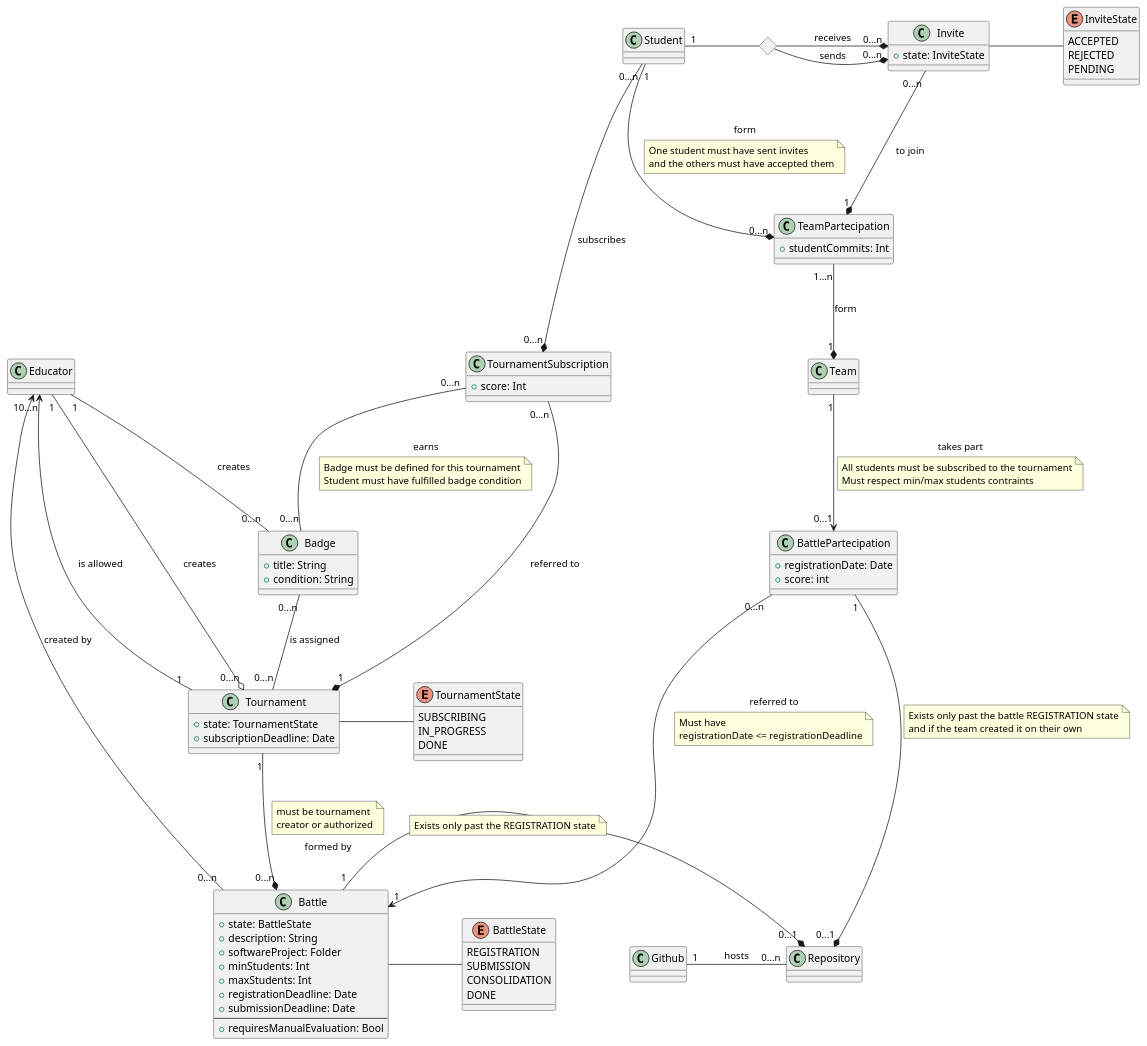
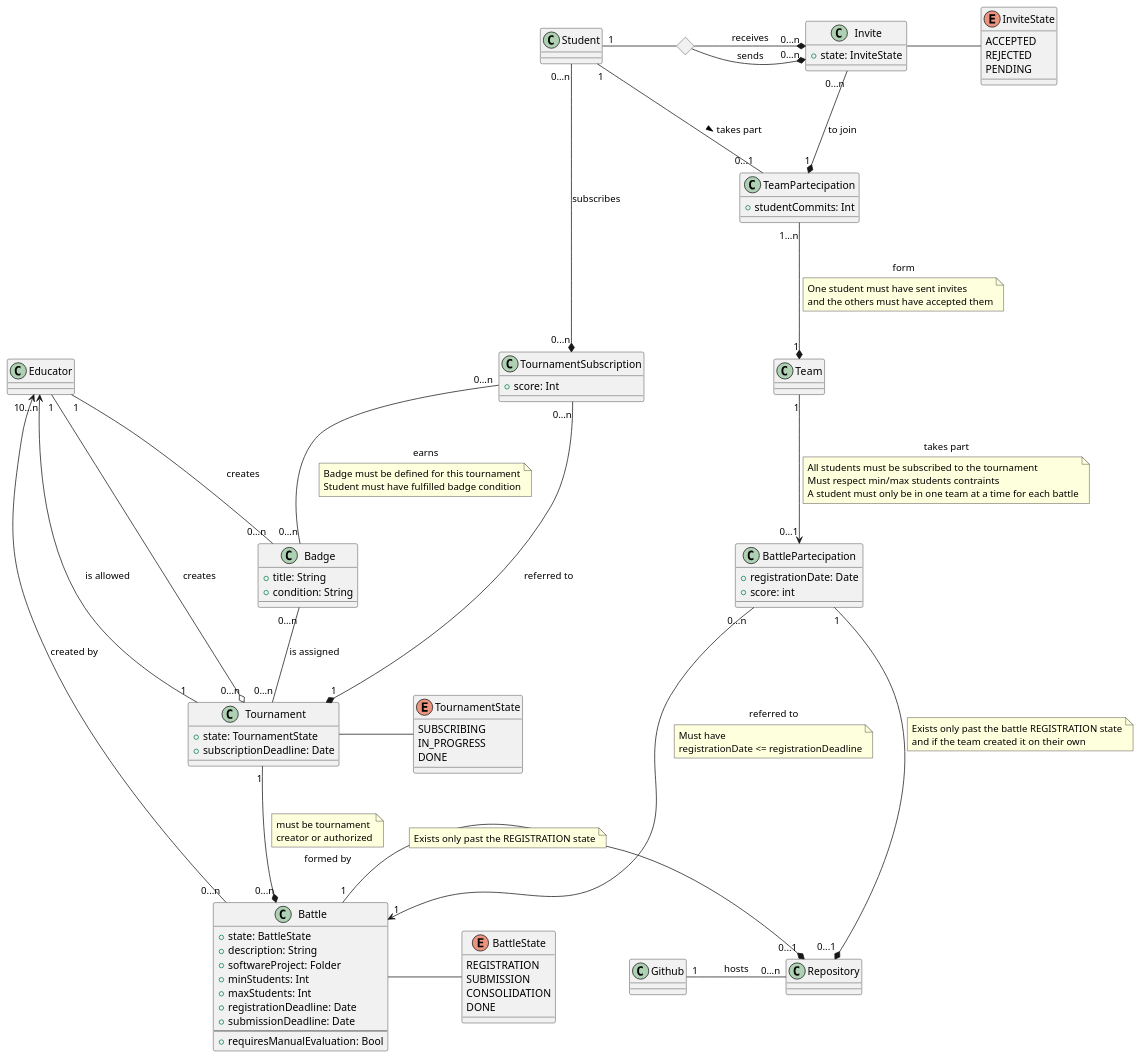
Before and after one commit to Furrrlo/CodeKataBattle: the diagram in rasd/puml/class-diagram.puml, drawn with PlantUML.

Commit message:
Fix class diagram

```diff
--- a/rasd/puml/class-diagram.puml
+++ b/rasd/puml/class-diagram.puml
@@ -1,149 +1,150 @@
 @startuml
 
 skinparam nodesep 100
 skinparam ranksep 100
 
 class Educator {
 }
 
 class Student {
 }
 
 <> inviteDiamond
 
 Student "1" - inviteDiamond
 inviteDiamond -* "0...n" Invite: sends
 inviteDiamond -* "0...n" Invite: receives
 Invite "0...n" -* "1" TeamPartecipation: to join
 
 Invite - InviteState
 
 class Invite {
   +state: InviteState
 }
 
 enum InviteState {
     ACCEPTED
     REJECTED
     PENDING
 }
 
-Student "1" -down-* "0...n" TeamPartecipation: form
-note on link
-One student must have sent invites
-and the others must have accepted them
-end note
+Student "1" -down- "0...1" TeamPartecipation: > takes part
 
 class TeamPartecipation {
   +studentCommits: Int
 }
 
 TeamPartecipation "1...n" -down-* "1" Team: form
+note on link
+One student must have sent invites
+and the others must have accepted them
+end note
 
 class Team {
 }
 
 Team "1" -down-> "0...1" BattlePartecipation: takes part
 note on link
 All students must be subscribed to the tournament
 Must respect min/max students contraints
+A student must only be in one team at a time for each battle
 end note
 
 class BattlePartecipation {
   +registrationDate: Date
   +score: int
 }
 
 Student "0...n" -down-* "0...n" TournamentSubscription: subscribes
 
 class TournamentSubscription {
   +score: Int
 }
 
 TournamentSubscription "0...n" -down-* "1" Tournament: referred to
 
 class Tournament {
   +state: TournamentState
   +subscriptionDeadline: Date
 }
 
 enum TournamentState {
   SUBSCRIBING
   IN_PROGRESS
   DONE
 }
 
 BattlePartecipation "0...n" -down--> "1" Battle: referred to
 note on link
 Must have 
 registrationDate <= registrationDeadline
 end note
 
 class Battle {
   +state: BattleState
   +description: String
   +softwareProject: Folder
   +minStudents: Int
   +maxStudents: Int
   +registrationDeadline: Date
   +submissionDeadline: Date
   ----
   +requiresManualEvaluation: Bool
 }
 
 enum BattleState {
   REGISTRATION
   SUBMISSION
   CONSOLIDATION
   DONE
 }
 
 class Repository {
 }
 
 class Github {
 }
 
 class Badge {
   +title: String
   +condition: String
 }
 
 Educator "1" --o "0...n" Tournament: creates
 Educator "0...n" <-- "1" Tournament : is allowed
 Educator "1" <-- "0...n" Battle : created by
 
 
 Tournament - TournamentState
 
 Tournament "1" --* "0...n" Battle: formed by
 note top on link 
 must be tournament 
 creator or authorized
 end note
 
 Battle - BattleState
 
 Battle "1" -* "0...1" Repository
 note on link
 Exists only past the REGISTRATION state
 end note
 
 BattlePartecipation "1" -* "0...1" Repository
 note on link
 Exists only past the battle REGISTRATION state
 and if the team created it on their own
 end note
 
 Github "1" - "0...n" Repository: hosts
 
 TournamentSubscription "0...n" -- "0...n" Badge : earns
 note on link
 Badge must be defined for this tournament
 Student must have fulfilled badge condition
 end note
 
 Educator "1" -- "0...n" Badge : creates
 Badge "0...n" -- "0...n" Tournament : is assigned
 
 @enduml
```
